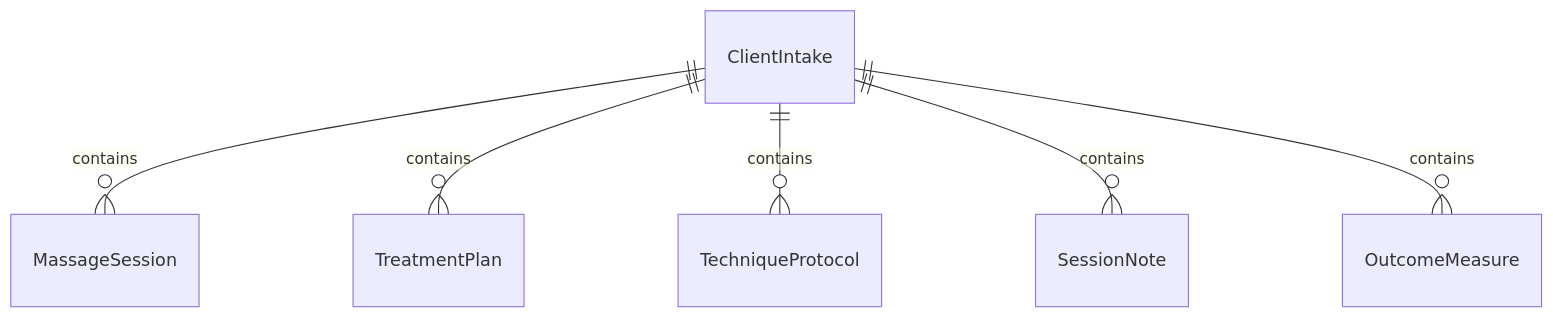
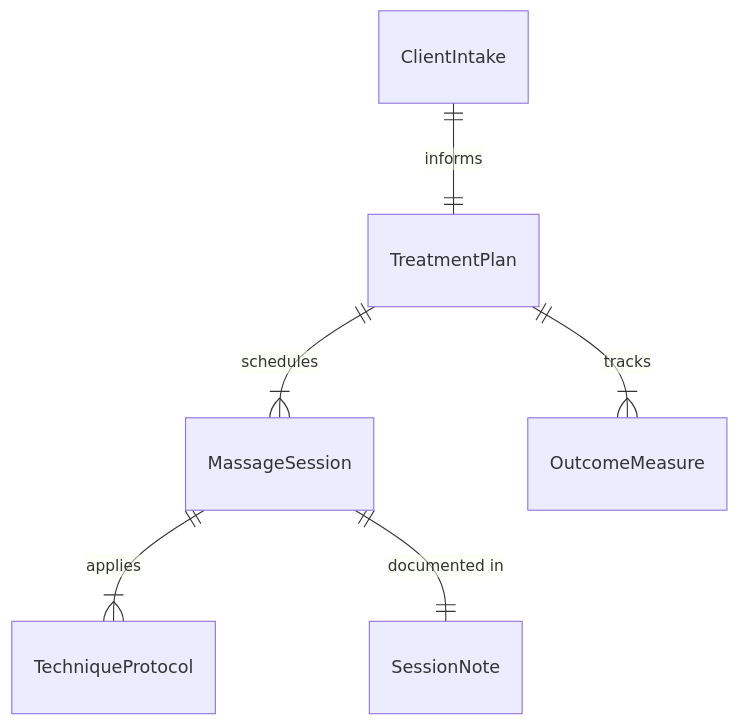
The first of 4 diagrams in AssistingAndCaringForOthers/AdministerTherapeuticTreatments/AdministerTherapeuticMassages.mdx (dot-org-ai/tasks.org.ai), drawn with Mermaid before and after one commit. The commit also changed other lines of this file and 32 other files, not shown here.

First line of the commit message:
fix: Improve ER and State diagrams in 32 AssistingAndCaringForOthers DWA files

````diff
--- a/AssistingAndCaringForOthers/AdministerTherapeuticTreatments/AdministerTherapeuticMassages.mdx
+++ b/AssistingAndCaringForOthers/AdministerTherapeuticTreatments/AdministerTherapeuticMassages.mdx
@@ -88,8 +88,8 @@
 ```mermaid
 erDiagram
-    ClientIntake ||--o{ MassageSession : contains
-    ClientIntake ||--o{ TreatmentPlan : contains
-    ClientIntake ||--o{ TechniqueProtocol : contains
-    ClientIntake ||--o{ SessionNote : contains
-    ClientIntake ||--o{ OutcomeMeasure : contains
+    ClientIntake ||--|| TreatmentPlan : informs
+    TreatmentPlan ||--|{ MassageSession : schedules
+    MassageSession ||--|{ TechniqueProtocol : applies
+    MassageSession ||--|| SessionNote : "documented in"
+    TreatmentPlan ||--|{ OutcomeMeasure : tracks
 ```
````
